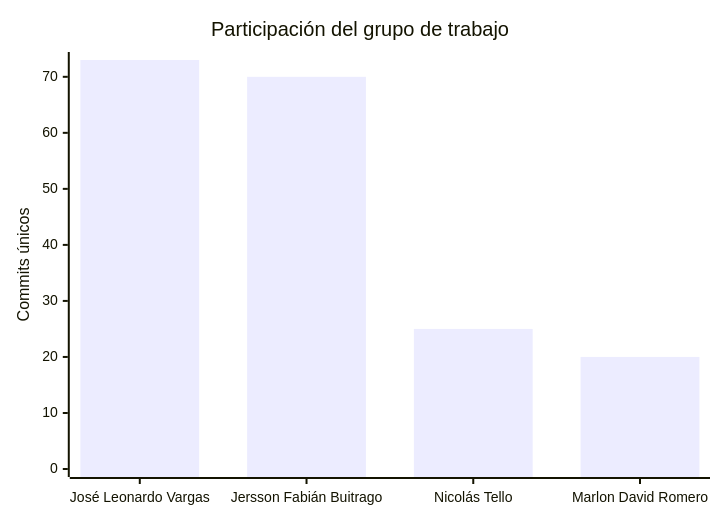
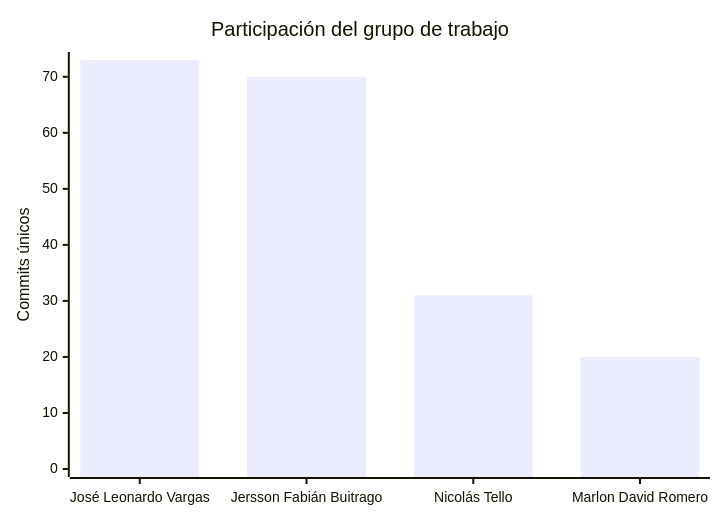
The second of 2 diagrams in README.md (FarmaExpres/FarmaExpres), drawn with Mermaid before and after one commit. The commit also changed other lines of this file and 1 other file, not shown here.

````diff
--- a/README.md
+++ b/README.md
@@ -326,7 +326,7 @@
 ```mermaid
 xychart-beta
     title "Participación del grupo de trabajo"
     x-axis ["José Leonardo Vargas", "Jersson Fabián Buitrago", "Nicolás Tello", "Marlon David Romero"]
     y-axis "Commits únicos" 0 --> 73
-    bar [73, 70, 25, 20]
+    bar [73, 70, 31, 20]
 ```
````
